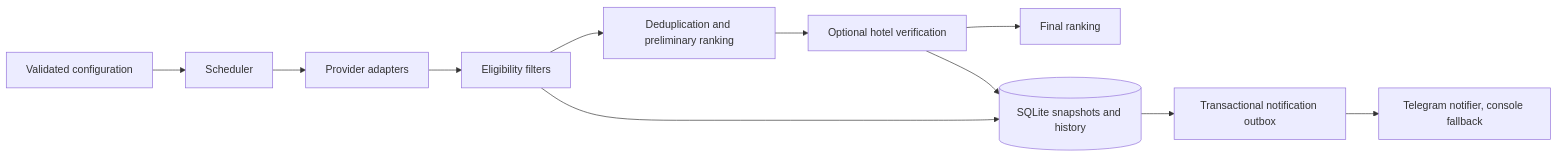
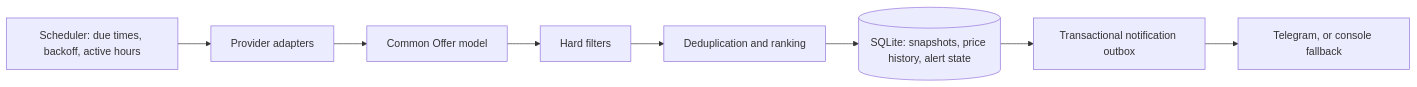
One commit to MonikaStrzelec/travel-deal-agent changed the diagram in README.md. Above: the diagram before and after it, drawn with Mermaid. The commit also changed other lines of this file and 56 other files, not shown here.

````diff
--- a/README.md
+++ b/README.md
@@ -18,13 +52,10 @@
 ```mermaid
 flowchart LR
-    Config[Validated configuration] --> Scheduler
-    Scheduler --> Providers[Provider adapters]
-    Providers --> Filters[Eligibility filters]
-    Filters --> Candidates[Deduplication and preliminary ranking]
-    Candidates --> External[Optional hotel verification]
-    External --> Ranking[Final ranking]
-    Filters --> SQLite[(SQLite snapshots and history)]
-    External --> SQLite
+    Scheduler[Scheduler: due times, backoff, active hours] --> Providers[Provider adapters]
+    Providers --> Offer[Common Offer model]
+    Offer --> Filters[Hard filters]
+    Filters --> Ranking[Deduplication and ranking]
+    Ranking --> SQLite[(SQLite: snapshots, price history, alert state)]
     SQLite --> Outbox[Transactional notification outbox]
-    Outbox --> Notifier[Telegram notifier, console fallback]
+    Outbox --> Notifier[Telegram, or console fallback]
 ```
````
